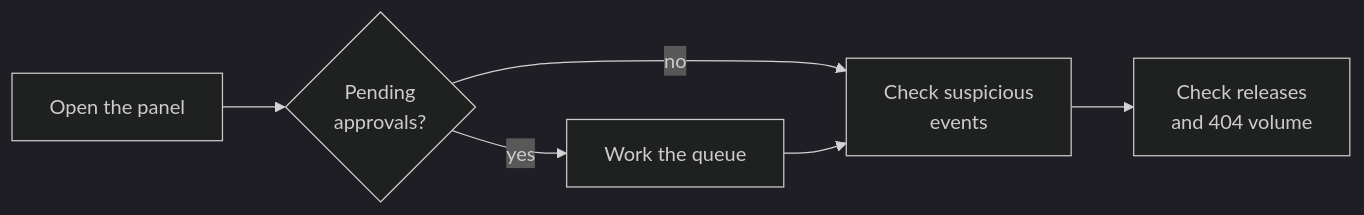
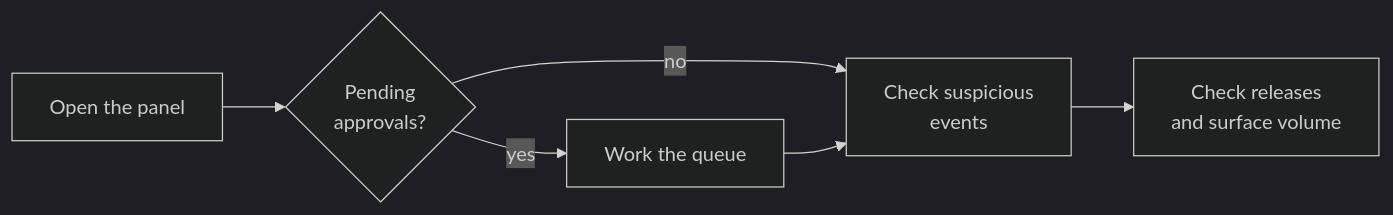
Before and after one commit to i-vt/RedirectorOfFun: the first of 3 diagrams in docs/operations.md, drawn with Mermaid (dark theme). The commit also changed 8 other files, not shown here.

````diff
--- a/docs/operations.md
+++ b/docs/operations.md
@@ -8,8 +8,8 @@
 ```mermaid
 flowchart LR
     A[Open the panel] --> B{Pending<br/>approvals?}
     B -->|yes| C[Work the queue]
     B -->|no| D[Check suspicious<br/>events]
     C --> D
-    D --> E[Check releases<br/>and 404 volume]
+    D --> E[Check releases<br/>and surface volume]
 ```
````
